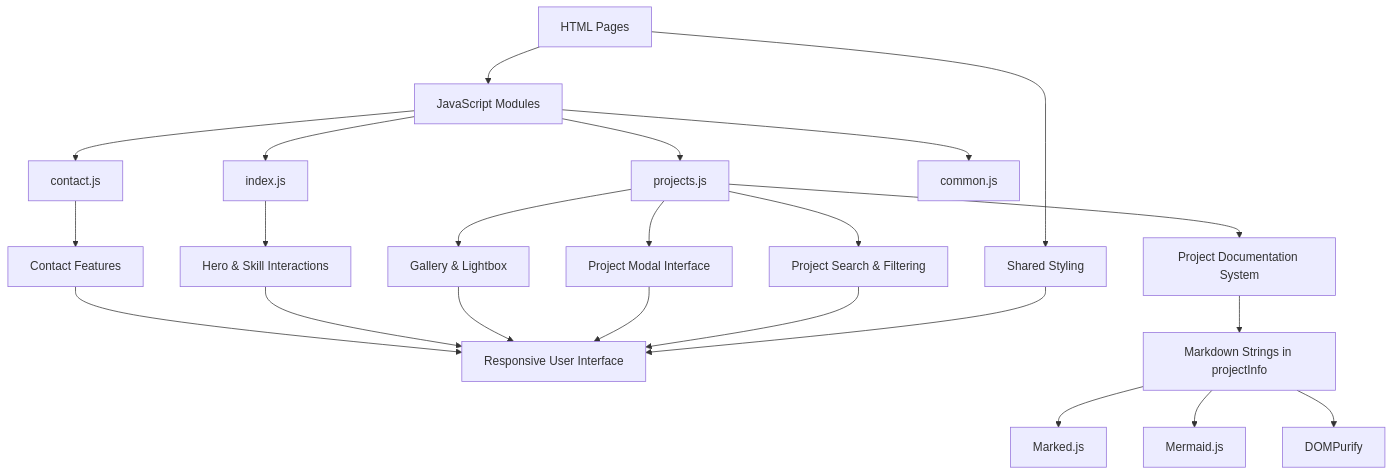
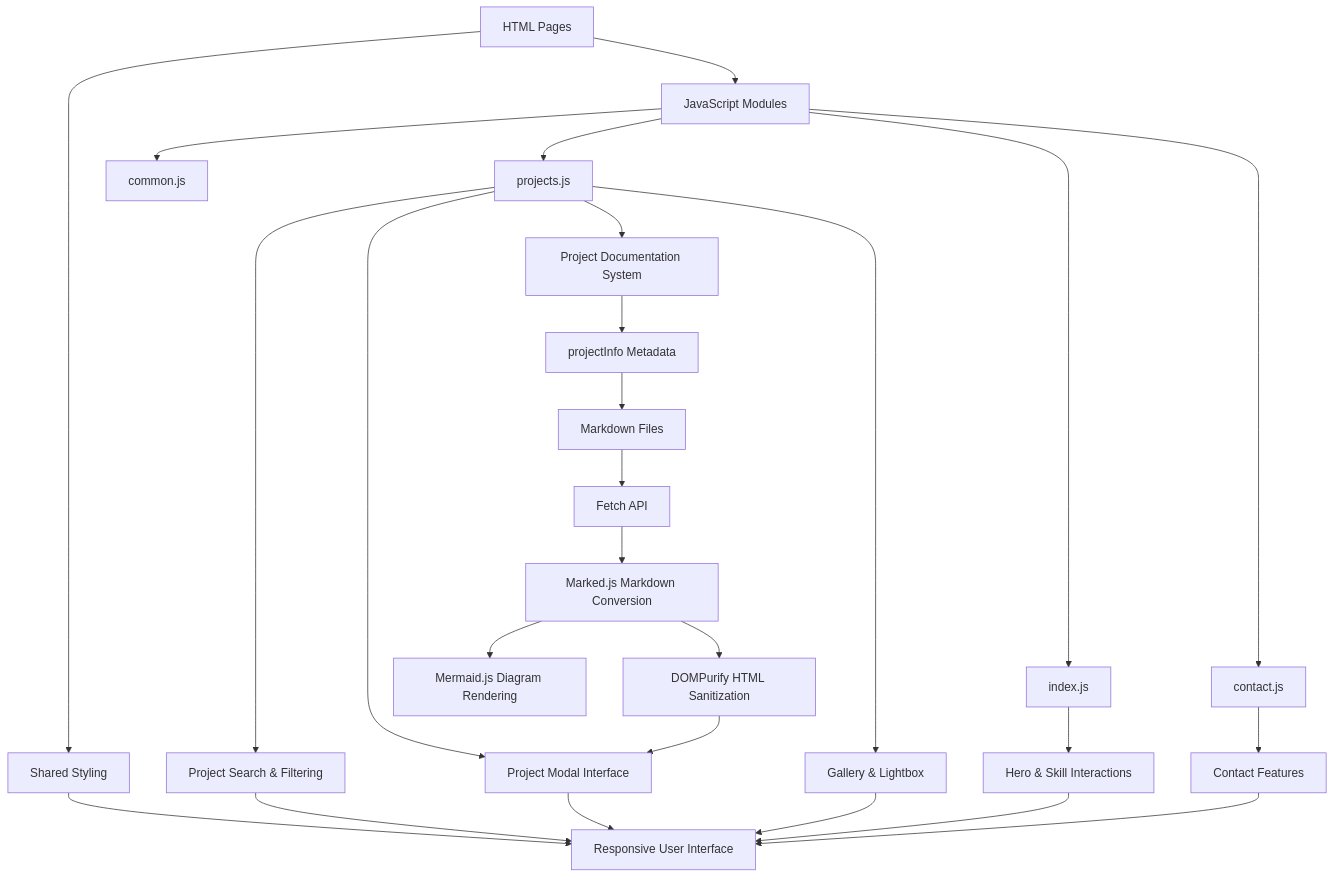
One commit to Cir9no-0001/engineering-portfolio changed the diagram in markdown/eng.md. Above: the diagram before and after it, drawn with Mermaid. The commit also changed other lines of this file, not shown here.

Commit message:
mermaid update

````diff
--- a/markdown/eng.md
+++ b/markdown/eng.md
@@ -93,32 +90,38 @@
 ```mermaid
 flowchart TD
-A[HTML Pages] --> B[Shared Styling]
-A --> C[JavaScript Modules]
+
+    A[HTML Pages] --> B[Shared Styling]
+    A --> C[JavaScript Modules]
 
     B --> D[Responsive User Interface]
 
     C --> E[index.js]
     C --> F[projects.js]
     C --> G[contact.js]
     C --> H[common.js]
 
     F --> I[Project Search & Filtering]
     F --> J[Project Documentation System]
     F --> K[Project Modal Interface]
     F --> L[Gallery & Lightbox]
 
-    J --> M[Markdown Strings in projectInfo]
-    M --> N[Marked.js]
-    M --> O[Mermaid.js]
-    M --> P[DOMPurify]
+    J --> M[projectInfo Metadata]
+    M --> N[Markdown Files]
+    N --> O[Fetch API]
 
-    E --> Q[Hero & Skill Interactions]
-    G --> R[Contact Features]
+    O --> P[Marked.js Markdown Conversion]
+    P --> Q[DOMPurify HTML Sanitization]
+    Q --> K
+
+    P --> R[Mermaid.js Diagram Rendering]
+
+    E --> S[Hero & Skill Interactions]
+    G --> T[Contact Features]
 
     I --> D
     K --> D
     L --> D
-    Q --> D
-    R --> D
+    S --> D
+    T --> D
 
 ```
````
